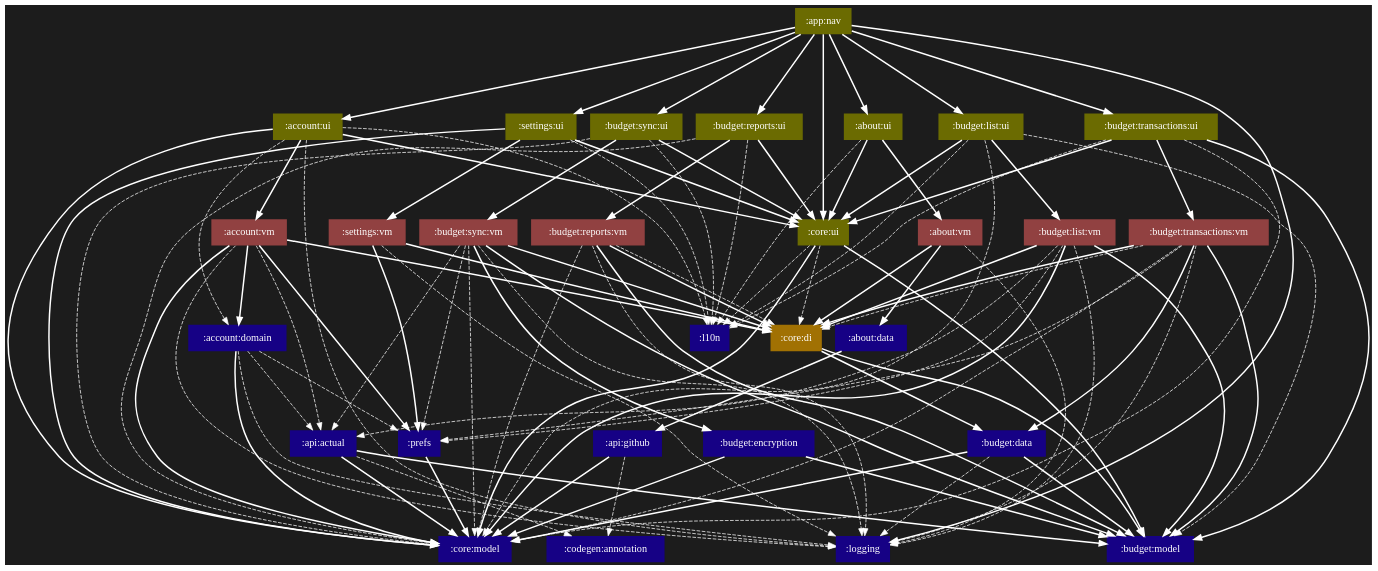
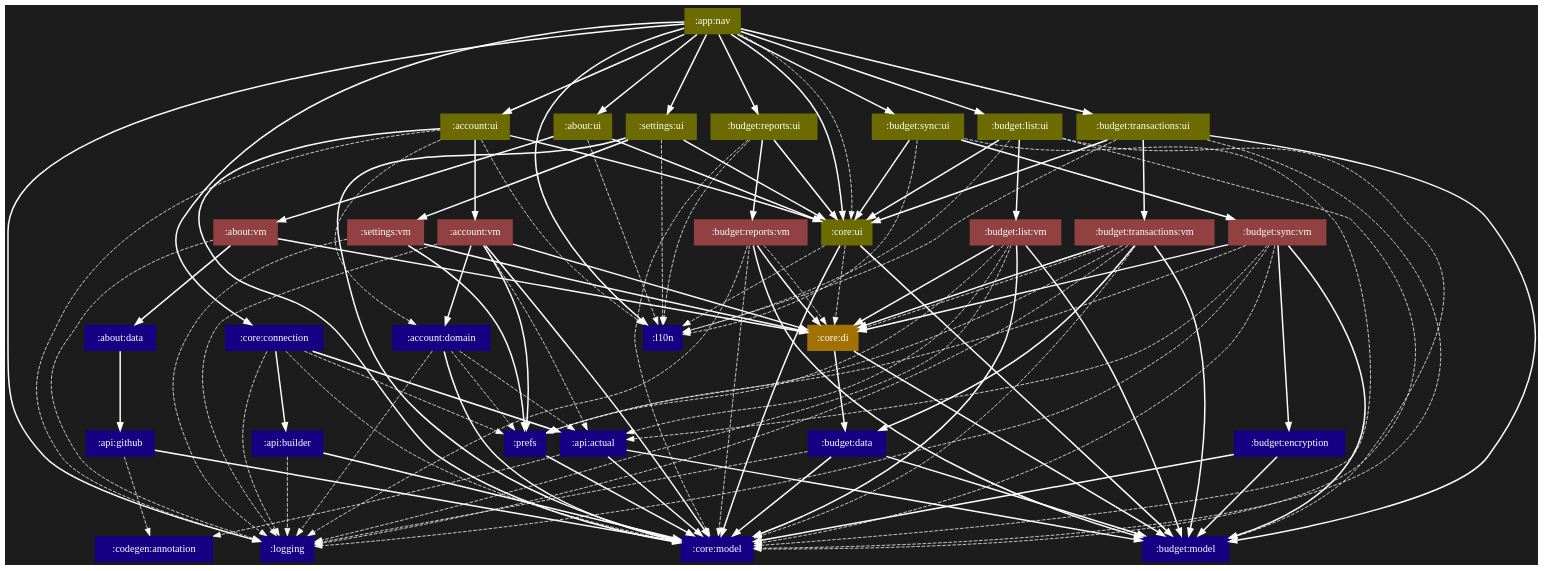
Before and after one commit to jonapoul/aktual: the diagram in app/nav/atlas/chart.dot, drawn with Graphviz. The commit also changed 78 other files, not shown here.

```diff
--- a/app/nav/atlas/chart.dot
+++ b/app/nav/atlas/chart.dot
@@ -1,133 +1,145 @@
 digraph {
   edge [arrowhead="normal",color="white"]
   graph [layout="dot",bgcolor="#1c1c1c",rankdir="TB",ranksep="1.5"]
   node [shape="box",style="filled",fontcolor="white",color="transparent"]
   ":about:data" [fillcolor="#160185"]
   ":about:ui" [fillcolor="#6b6b01"]
   ":about:vm" [fillcolor="#914141"]
   ":account:domain" [fillcolor="#160185"]
   ":account:ui" [fillcolor="#6b6b01"]
   ":account:vm" [fillcolor="#914141"]
   ":api:actual" [fillcolor="#160185"]
+  ":api:builder" [fillcolor="#160185"]
   ":api:github" [fillcolor="#160185"]
   ":app:nav" [fillcolor="#6b6b01"]
   ":budget:data" [fillcolor="#160185"]
   ":budget:encryption" [fillcolor="#160185"]
   ":budget:list:ui" [fillcolor="#6b6b01"]
   ":budget:list:vm" [fillcolor="#914141"]
   ":budget:model" [fillcolor="#160185"]
   ":budget:reports:ui" [fillcolor="#6b6b01"]
   ":budget:reports:vm" [fillcolor="#914141"]
   ":budget:sync:ui" [fillcolor="#6b6b01"]
   ":budget:sync:vm" [fillcolor="#914141"]
   ":budget:transactions:ui" [fillcolor="#6b6b01"]
   ":budget:transactions:vm" [fillcolor="#914141"]
   ":codegen:annotation" [fillcolor="#160185"]
+  ":core:connection" [fillcolor="#160185"]
   ":core:di" [fillcolor="#a17103"]
   ":core:model" [fillcolor="#160185"]
   ":core:ui" [fillcolor="#6b6b01"]
   ":l10n" [fillcolor="#160185"]
   ":logging" [fillcolor="#160185"]
   ":prefs" [fillcolor="#160185"]
   ":settings:ui" [fillcolor="#6b6b01"]
   ":settings:vm" [fillcolor="#914141"]
   ":about:data" -> ":api:github" [style="bold"]
   ":about:ui" -> ":about:vm" [style="bold"]
   ":about:ui" -> ":core:ui" [style="bold"]
   ":about:ui" -> ":l10n" [style="dashed"]
   ":about:vm" -> ":about:data" [style="bold"]
   ":about:vm" -> ":core:di" [style="bold"]
   ":about:vm" -> ":logging" [style="dashed"]
   ":account:domain" -> ":api:actual" [style="dashed"]
   ":account:domain" -> ":core:model" [style="bold"]
   ":account:domain" -> ":logging" [style="dashed"]
   ":account:domain" -> ":prefs" [style="dashed"]
   ":account:ui" -> ":account:domain" [style="dashed"]
   ":account:ui" -> ":account:vm" [style="bold"]
   ":account:ui" -> ":core:model" [style="bold"]
   ":account:ui" -> ":core:ui" [style="bold"]
   ":account:ui" -> ":l10n" [style="dashed"]
   ":account:ui" -> ":logging" [style="dashed"]
   ":account:vm" -> ":account:domain" [style="bold"]
   ":account:vm" -> ":api:actual" [style="dashed"]
   ":account:vm" -> ":core:di" [style="bold"]
   ":account:vm" -> ":core:model" [style="bold"]
   ":account:vm" -> ":logging" [style="dashed"]
   ":account:vm" -> ":prefs" [style="bold"]
   ":api:actual" -> ":budget:model" [style="bold"]
   ":api:actual" -> ":codegen:annotation" [style="dashed"]
   ":api:actual" -> ":core:model" [style="bold"]
+  ":api:builder" -> ":core:model" [style="bold"]
+  ":api:builder" -> ":logging" [style="dashed"]
   ":api:github" -> ":codegen:annotation" [style="dashed"]
   ":api:github" -> ":core:model" [style="bold"]
   ":app:nav" -> ":about:ui" [style="bold"]
   ":app:nav" -> ":account:ui" [style="bold"]
   ":app:nav" -> ":budget:list:ui" [style="bold"]
   ":app:nav" -> ":budget:reports:ui" [style="bold"]
   ":app:nav" -> ":budget:sync:ui" [style="bold"]
   ":app:nav" -> ":budget:transactions:ui" [style="bold"]
+  ":app:nav" -> ":core:connection" [style="bold"]
   ":app:nav" -> ":core:ui" [style="bold"]
+  ":app:nav" -> ":core:ui" [style="dashed"]
+  ":app:nav" -> ":l10n" [style="bold"]
   ":app:nav" -> ":logging" [style="bold"]
   ":app:nav" -> ":settings:ui" [style="bold"]
   ":budget:data" -> ":budget:model" [style="bold"]
   ":budget:data" -> ":core:model" [style="bold"]
   ":budget:data" -> ":logging" [style="dashed"]
   ":budget:encryption" -> ":budget:model" [style="bold"]
   ":budget:encryption" -> ":core:model" [style="bold"]
   ":budget:list:ui" -> ":budget:list:vm" [style="bold"]
   ":budget:list:ui" -> ":budget:model" [style="dashed"]
   ":budget:list:ui" -> ":core:model" [style="dashed"]
   ":budget:list:ui" -> ":core:ui" [style="bold"]
   ":budget:list:ui" -> ":l10n" [style="dashed"]
   ":budget:list:vm" -> ":api:actual" [style="dashed"]
   ":budget:list:vm" -> ":budget:model" [style="bold"]
   ":budget:list:vm" -> ":core:di" [style="bold"]
   ":budget:list:vm" -> ":core:model" [style="bold"]
   ":budget:list:vm" -> ":logging" [style="dashed"]
   ":budget:list:vm" -> ":prefs" [style="dashed"]
   ":budget:reports:ui" -> ":budget:reports:vm" [style="bold"]
   ":budget:reports:ui" -> ":core:model" [style="dashed"]
   ":budget:reports:ui" -> ":core:ui" [style="bold"]
   ":budget:reports:ui" -> ":l10n" [style="dashed"]
   ":budget:reports:vm" -> ":budget:model" [style="bold"]
   ":budget:reports:vm" -> ":core:di" [style="bold"]
   ":budget:reports:vm" -> ":core:di" [style="dashed"]
   ":budget:reports:vm" -> ":core:model" [style="dashed"]
   ":budget:reports:vm" -> ":logging" [style="dashed"]
   ":budget:sync:ui" -> ":budget:sync:vm" [style="bold"]
   ":budget:sync:ui" -> ":core:model" [style="dashed"]
   ":budget:sync:ui" -> ":core:ui" [style="bold"]
   ":budget:sync:ui" -> ":l10n" [style="dashed"]
   ":budget:sync:vm" -> ":api:actual" [style="dashed"]
   ":budget:sync:vm" -> ":budget:encryption" [style="bold"]
   ":budget:sync:vm" -> ":budget:model" [style="bold"]
   ":budget:sync:vm" -> ":core:di" [style="bold"]
   ":budget:sync:vm" -> ":core:model" [style="dashed"]
   ":budget:sync:vm" -> ":logging" [style="dashed"]
   ":budget:sync:vm" -> ":prefs" [style="dashed"]
   ":budget:transactions:ui" -> ":budget:model" [style="bold"]
   ":budget:transactions:ui" -> ":budget:transactions:vm" [style="bold"]
   ":budget:transactions:ui" -> ":core:model" [style="dashed"]
   ":budget:transactions:ui" -> ":core:ui" [style="bold"]
   ":budget:transactions:ui" -> ":l10n" [style="dashed"]
   ":budget:transactions:vm" -> ":budget:data" [style="bold"]
   ":budget:transactions:vm" -> ":budget:model" [style="bold"]
   ":budget:transactions:vm" -> ":core:di" [style="bold"]
   ":budget:transactions:vm" -> ":core:di" [style="dashed"]
   ":budget:transactions:vm" -> ":core:model" [style="dashed"]
   ":budget:transactions:vm" -> ":logging" [style="dashed"]
   ":budget:transactions:vm" -> ":prefs" [style="dashed"]
+  ":core:connection" -> ":api:actual" [style="bold"]
+  ":core:connection" -> ":api:builder" [style="bold"]
+  ":core:connection" -> ":core:model" [style="dashed"]
+  ":core:connection" -> ":logging" [style="dashed"]
+  ":core:connection" -> ":prefs" [style="dashed"]
   ":core:di" -> ":budget:data" [style="bold"]
   ":core:di" -> ":budget:model" [style="bold"]
   ":core:ui" -> ":budget:model" [style="bold"]
   ":core:ui" -> ":core:di" [style="dashed"]
   ":core:ui" -> ":core:model" [style="bold"]
   ":core:ui" -> ":l10n" [style="dashed"]
   ":prefs" -> ":core:model" [style="bold"]
   ":settings:ui" -> ":core:model" [style="bold"]
   ":settings:ui" -> ":core:ui" [style="bold"]
   ":settings:ui" -> ":l10n" [style="dashed"]
   ":settings:ui" -> ":settings:vm" [style="bold"]
   ":settings:vm" -> ":core:di" [style="bold"]
   ":settings:vm" -> ":logging" [style="dashed"]
   ":settings:vm" -> ":prefs" [style="bold"]
 }
```
